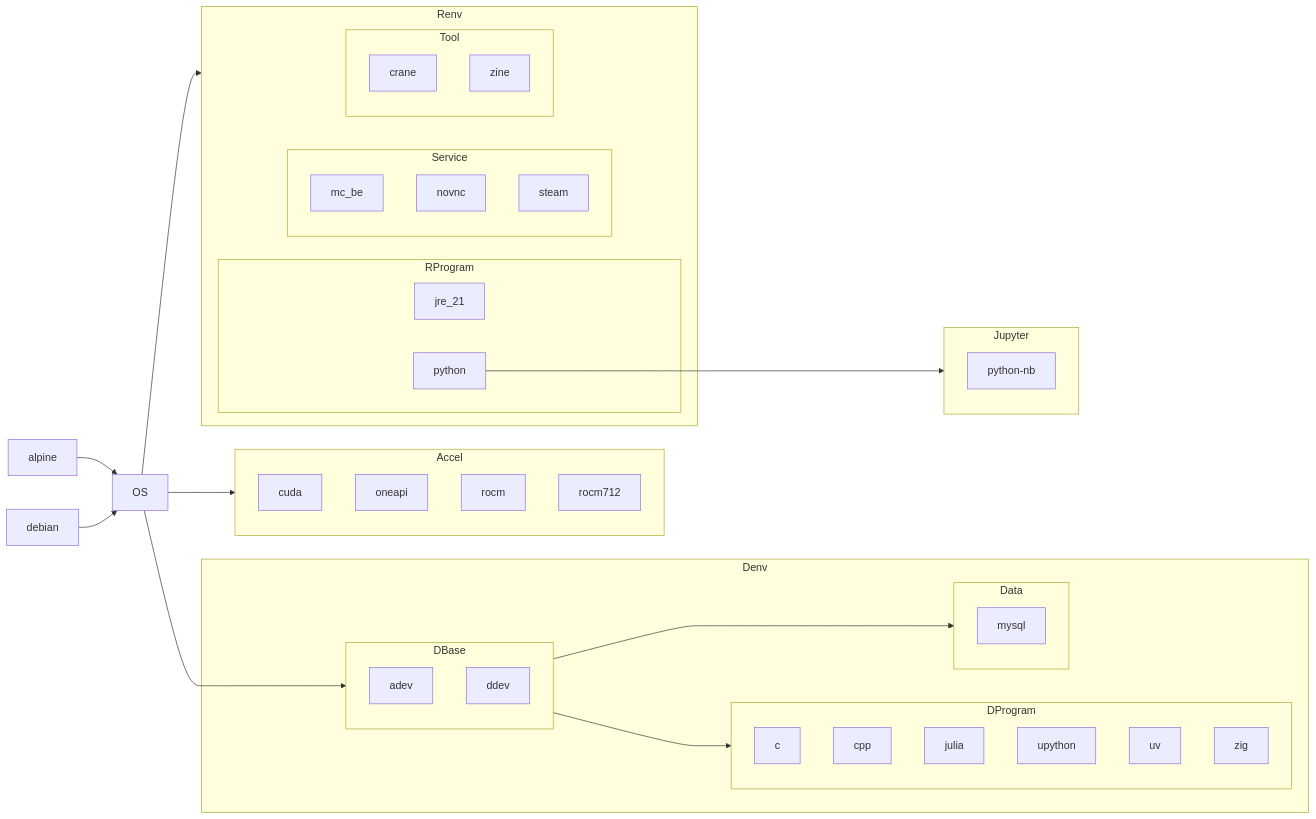
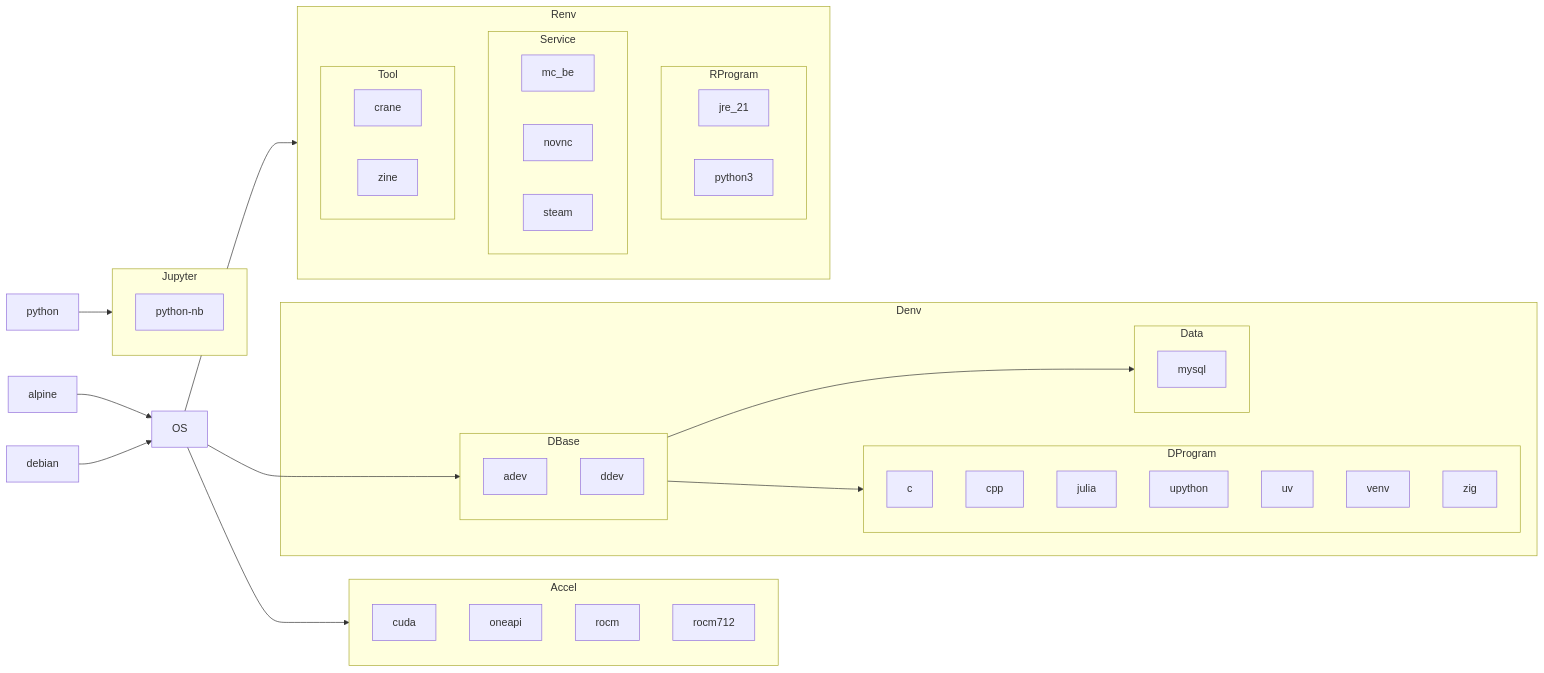
One commit to ben0i0d/cenv changed the diagram in README.md. Above: the diagram before and after it, drawn with Mermaid. The commit also changed other lines of this file and 6 other files, not shown here.

````diff
--- a/README.md
+++ b/README.md
@@ -77,71 +80,72 @@
 ```mermaid
 graph LR
 
 %% -------- OS --------
 alpine --> OS
 debian --> OS
 
 %% -------- Accel --------
 OS --> Accel
 subgraph Accel
     cuda
     oneapi
     rocm
     rocm712
 end
 
 %% -------- Denv --------
 OS --> DBase
 subgraph Denv
     DBase --> DProgram
     DBase --> Data
 
     subgraph DBase
         adev
         ddev
     end
 
     subgraph DProgram
         c
         cpp
         julia
         upython
         uv
+        venv
         zig
     end
 
     subgraph Data
         mysql
     end
 end
 
 %% -------- Renv --------
 OS --> Renv
 subgraph Renv
     RProgram
     Service
     Tool
 
     subgraph RProgram
         jre_21
-        python
+        python3
     end
 
     subgraph Service
         mc_be
         novnc
         steam
     end
 
     subgraph Tool
         crane
         zine
     end
 end
 
 %% -------- Jupyter --------
 python --> Jupyter
 subgraph Jupyter
     python-nb
 end
 ```
````
